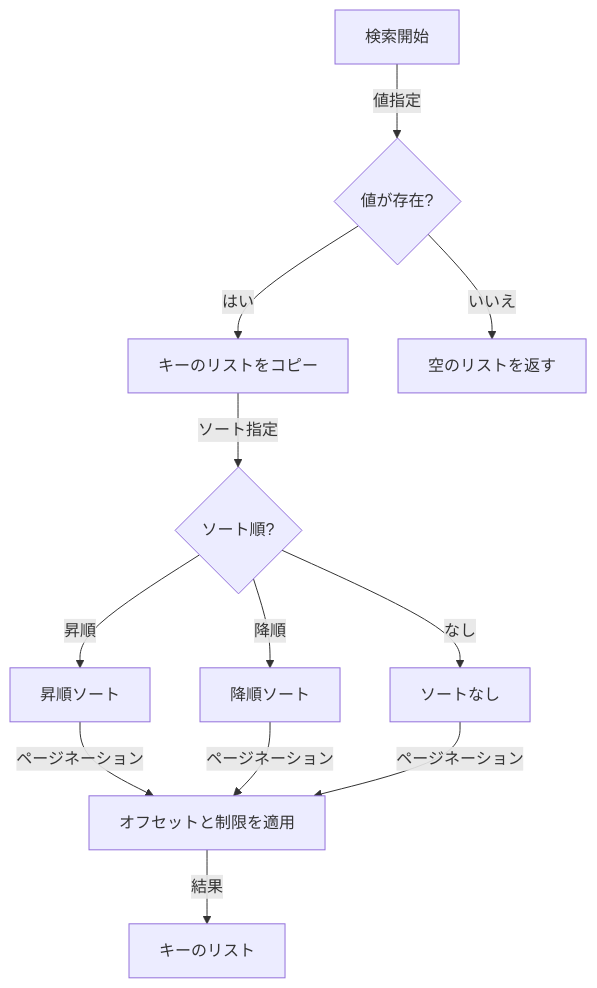
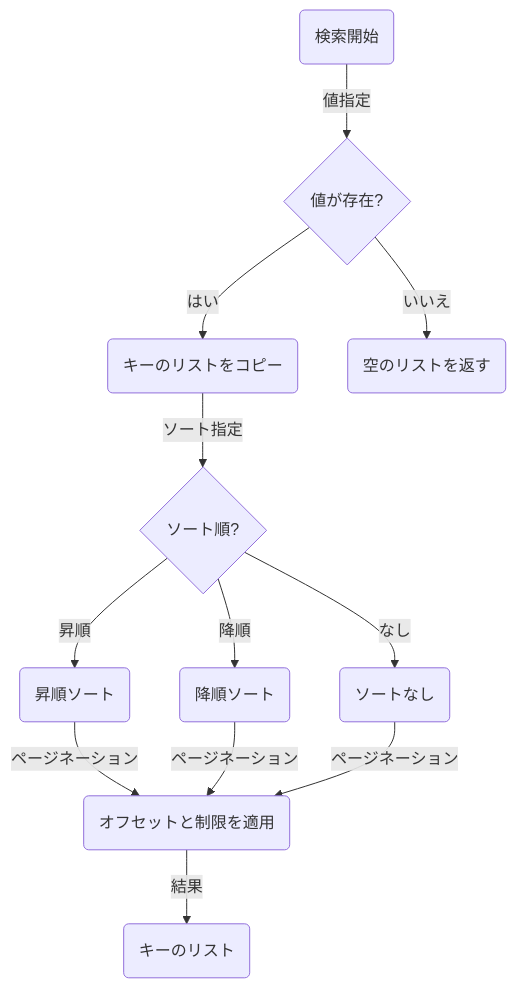
One commit to ssig33/fuckbase changed the fifth of 8 diagrams in textbooks/07_index_algorithm.md. Above: the diagram before and after it, drawn with Mermaid. The commit also changed other lines of this file and 6 other files, not shown here.

Commit message:
Fix Mermaid diagrams in all textbooks by using parentheses for node text and curly braces for decision nodes

````diff
--- a/textbooks/07_index_algorithm.md
+++ b/textbooks/07_index_algorithm.md
@@ -101,14 +104,14 @@
 ```mermaid
 graph TD
-    A[検索開始] -->|値指定| B{値が存在?}
-    B -->|はい| C[キーのリストをコピー]
-    B -->|いいえ| D[空のリストを返す]
-    C -->|ソート指定| E{ソート順?}
-    E -->|昇順| F[昇順ソート]
-    E -->|降順| G[降順ソート]
-    E -->|なし| H[ソートなし]
-    F -->|ページネーション| I[オフセットと制限を適用]
+    A("検索開始") -->|値指定| B{"値が存在?"}
+    B -->|はい| C("キーのリストをコピー")
+    B -->|いいえ| D("空のリストを返す")
+    C -->|ソート指定| E{"ソート順?"}
+    E -->|昇順| F("昇順ソート")
+    E -->|降順| G("降順ソート")
+    E -->|なし| H("ソートなし")
+    F -->|ページネーション| I("オフセットと制限を適用")
     G -->|ページネーション| I
     H -->|ページネーション| I
-    I -->|結果| J[キーのリスト]
+    I -->|結果| J("キーのリスト")
 ```
````
